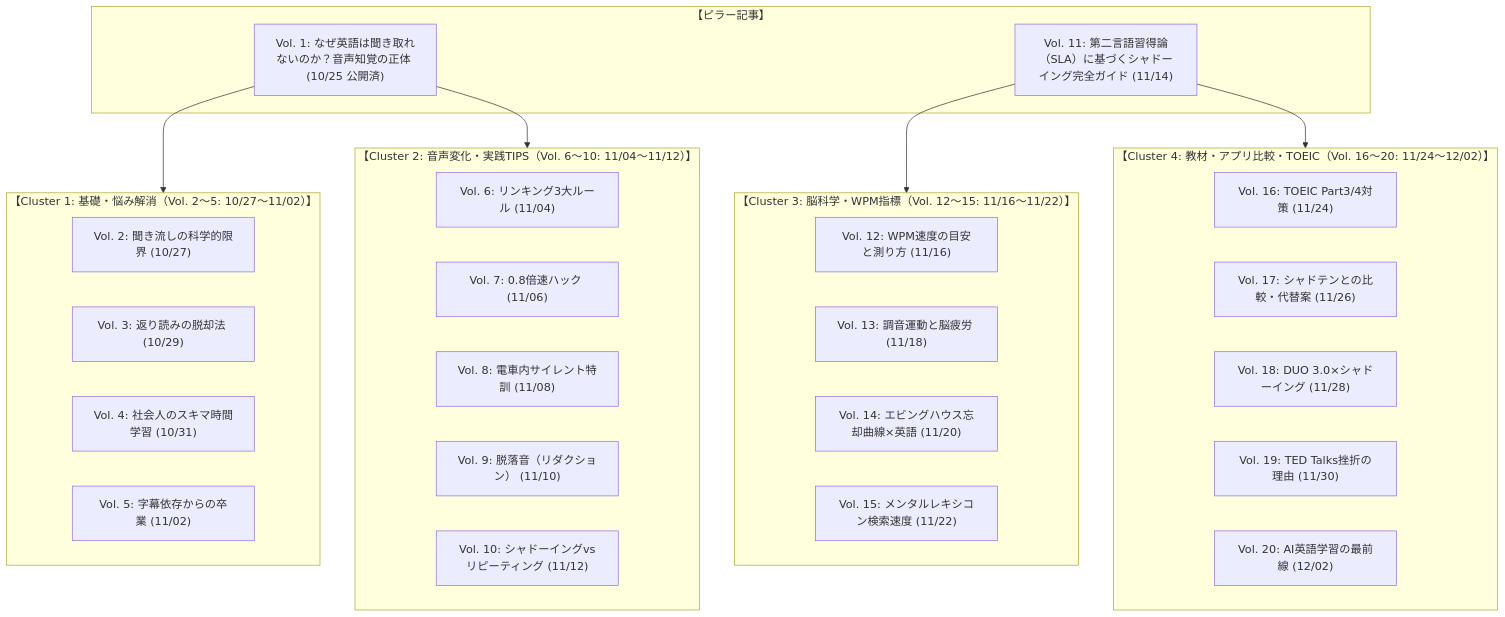
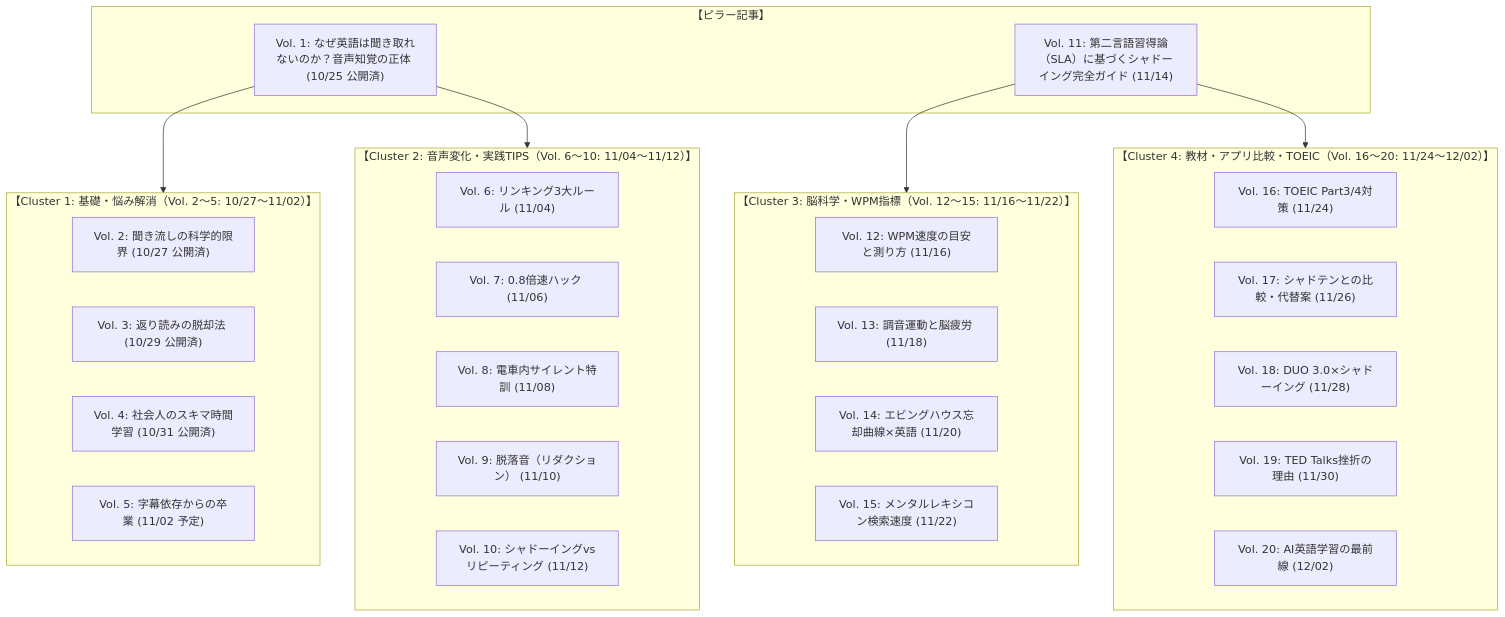
The diagram in management/BLOG_EDITORIAL_CALENDAR.md (ic1koala/Shadowlog), drawn with Mermaid before and after one commit. The commit also changed other lines of this file and 4 other files, not shown here.

````diff
--- a/management/BLOG_EDITORIAL_CALENDAR.md
+++ b/management/BLOG_EDITORIAL_CALENDAR.md
@@ -12,42 +12,42 @@
 ```mermaid
 flowchart TD
     subgraph Core ["【ピラー記事】"]
         P1["Vol. 1: なぜ英語は聞き取れないのか？音声知覚の正体 (10/25 公開済)"]
         P2["Vol. 11: 第二言語習得論（SLA）に基づくシャドーイング完全ガイド (11/14)"]
     end
 
     subgraph ClusterA ["【Cluster 1: 基礎・悩み解消（Vol. 2〜5: 10/27〜11/02）】"]
-        C1["Vol. 2: 聞き流しの科学的限界 (10/27)"]
-        C2["Vol. 3: 返り読みの脱却法 (10/29)"]
-        C3["Vol. 4: 社会人のスキマ時間学習 (10/31)"]
-        C4["Vol. 5: 字幕依存からの卒業 (11/02)"]
+        C1["Vol. 2: 聞き流しの科学的限界 (10/27 公開済)"]
+        C2["Vol. 3: 返り読みの脱却法 (10/29 公開済)"]
+        C3["Vol. 4: 社会人のスキマ時間学習 (10/31 公開済)"]
+        C4["Vol. 5: 字幕依存からの卒業 (11/02 予定)"]
     end
 
     subgraph ClusterB ["【Cluster 2: 音声変化・実践TIPS（Vol. 6〜10: 11/04〜11/12）】"]
         C5["Vol. 6: リンキング3大ルール (11/04)"]
         C6["Vol. 7: 0.8倍速ハック (11/06)"]
         C7["Vol. 8: 電車内サイレント特訓 (11/08)"]
         C8["Vol. 9: 脱落音（リダクション） (11/10)"]
         C9["Vol. 10: シャドーイングvsリピーティング (11/12)"]
     end
 
     subgraph ClusterC ["【Cluster 3: 脳科学・WPM指標（Vol. 12〜15: 11/16〜11/22）】"]
         C10["Vol. 12: WPM速度の目安と測り方 (11/16)"]
         C11["Vol. 13: 調音運動と脳疲労 (11/18)"]
         C12["Vol. 14: エビングハウス忘却曲線×英語 (11/20)"]
         C13["Vol. 15: メンタルレキシコン検索速度 (11/22)"]
     end
 
     subgraph ClusterD ["【Cluster 4: 教材・アプリ比較・TOEIC（Vol. 16〜20: 11/24〜12/02）】"]
         C14["Vol. 16: TOEIC Part3/4対策 (11/24)"]
         C15["Vol. 17: シャドテンとの比較・代替案 (11/26)"]
         C16["Vol. 18: DUO 3.0×シャドーイング (11/28)"]
         C17["Vol. 19: TED Talks挫折の理由 (11/30)"]
         C18["Vol. 20: AI英語学習の最前線 (12/02)"]
     end
 
     P1 --> ClusterA
     P1 --> ClusterB
     P2 --> ClusterC
     P2 --> ClusterD
 ```
````
